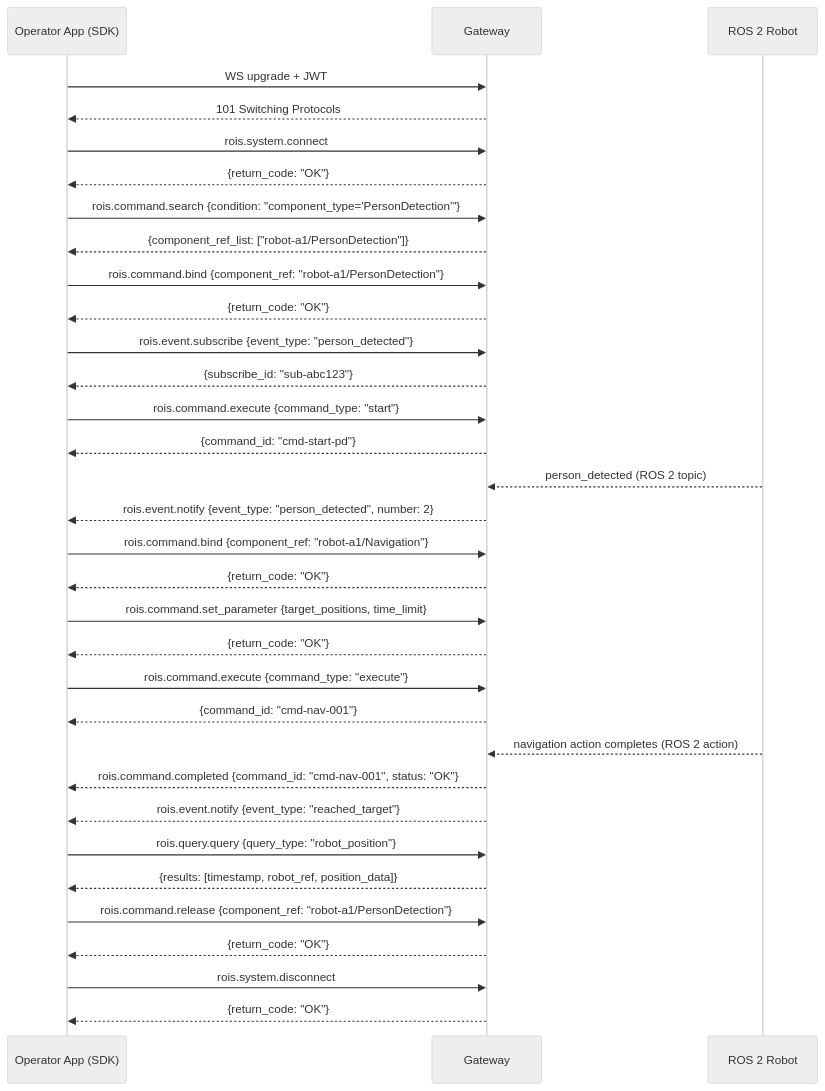
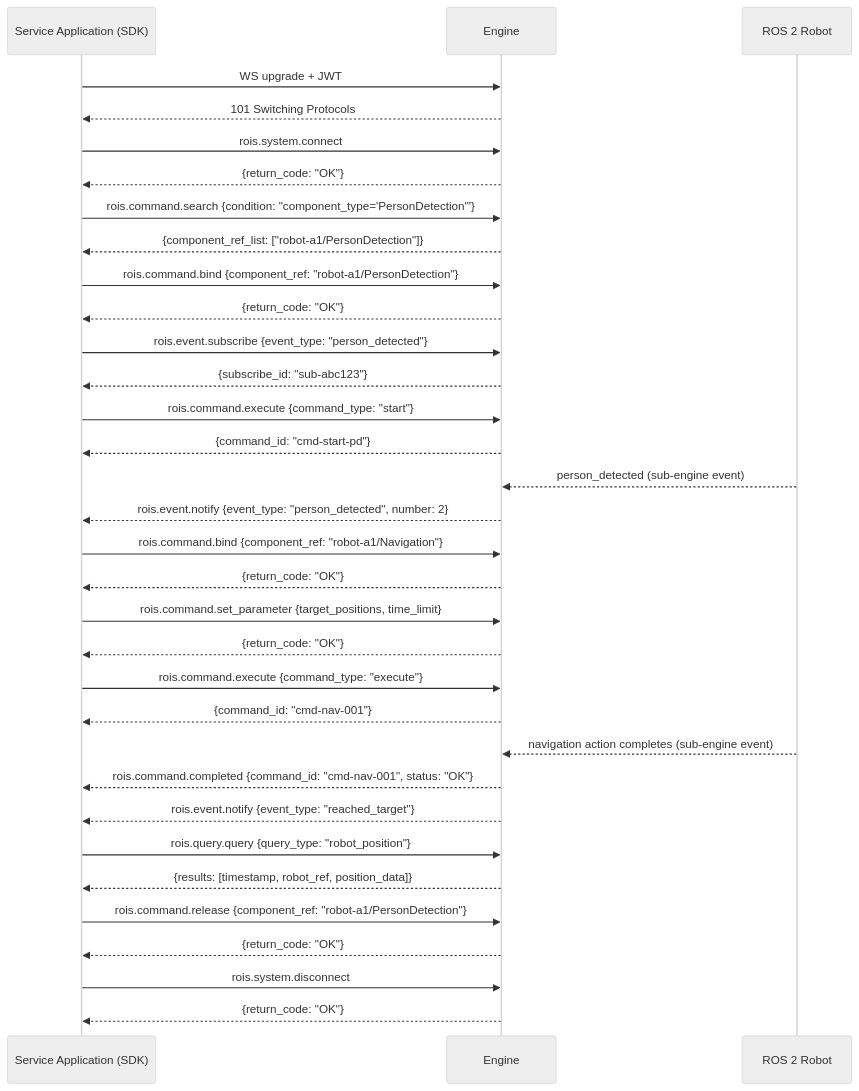
The seventh of 17 diagrams in docs/white-paper.md (openrois/openrois), drawn with Mermaid (neutral theme) before and after one commit. The commit also changed other lines of this file and 48 other files, not shown here.

First line of the commit message:
docs: align architecture diagram and terminology across public docs

````diff
--- a/docs/white-paper.md
+++ b/docs/white-paper.md
@@ -1197,49 +1217,49 @@
 ```mermaid
 sequenceDiagram
-    participant Client as Operator App (SDK)
-    participant GW as Gateway
+    participant Client as Service Application (SDK)
+    participant GW as Engine
     participant Robot as ROS 2 Robot
 
     Client->>GW: WS upgrade + JWT
     GW-->>Client: 101 Switching Protocols
 
     Client->>GW: rois.system.connect
     GW-->>Client: {return_code: "OK"}
 
     Client->>GW: rois.command.search {condition: "component_type='PersonDetection'"}
     GW-->>Client: {component_ref_list: ["robot-a1/PersonDetection"]}
 
     Client->>GW: rois.command.bind {component_ref: "robot-a1/PersonDetection"}
     GW-->>Client: {return_code: "OK"}
 
     Client->>GW: rois.event.subscribe {event_type: "person_detected"}
     GW-->>Client: {subscribe_id: "sub-abc123"}
 
     Client->>GW: rois.command.execute {command_type: "start"}
     GW-->>Client: {command_id: "cmd-start-pd"}
 
-    Robot-->>GW: person_detected (ROS 2 topic)
+    Robot-->>GW: person_detected (sub-engine event)
     GW-->>Client: rois.event.notify {event_type: "person_detected", number: 2}
 
     Client->>GW: rois.command.bind {component_ref: "robot-a1/Navigation"}
     GW-->>Client: {return_code: "OK"}
 
     Client->>GW: rois.command.set_parameter {target_positions, time_limit}
     GW-->>Client: {return_code: "OK"}
 
     Client->>GW: rois.command.execute {command_type: "execute"}
     GW-->>Client: {command_id: "cmd-nav-001"}
 
-    Robot-->>GW: navigation action completes (ROS 2 action)
+    Robot-->>GW: navigation action completes (sub-engine event)
     GW-->>Client: rois.command.completed {command_id: "cmd-nav-001", status: "OK"}
     GW-->>Client: rois.event.notify {event_type: "reached_target"}
 
     Client->>GW: rois.query.query {query_type: "robot_position"}
     GW-->>Client: {results: [timestamp, robot_ref, position_data]}
 
     Client->>GW: rois.command.release {component_ref: "robot-a1/PersonDetection"}
     GW-->>Client: {return_code: "OK"}
 
     Client->>GW: rois.system.disconnect
     GW-->>Client: {return_code: "OK"}
 ```
````
